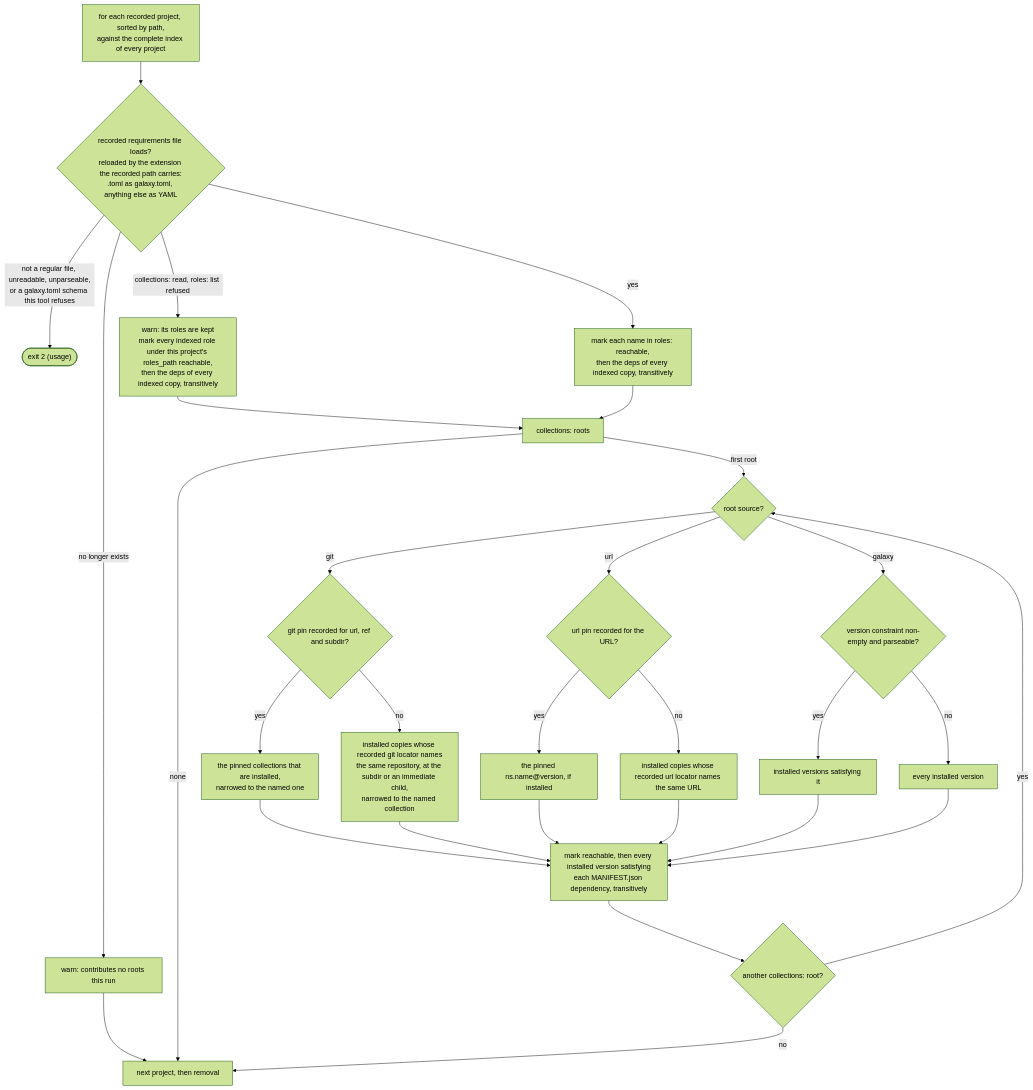
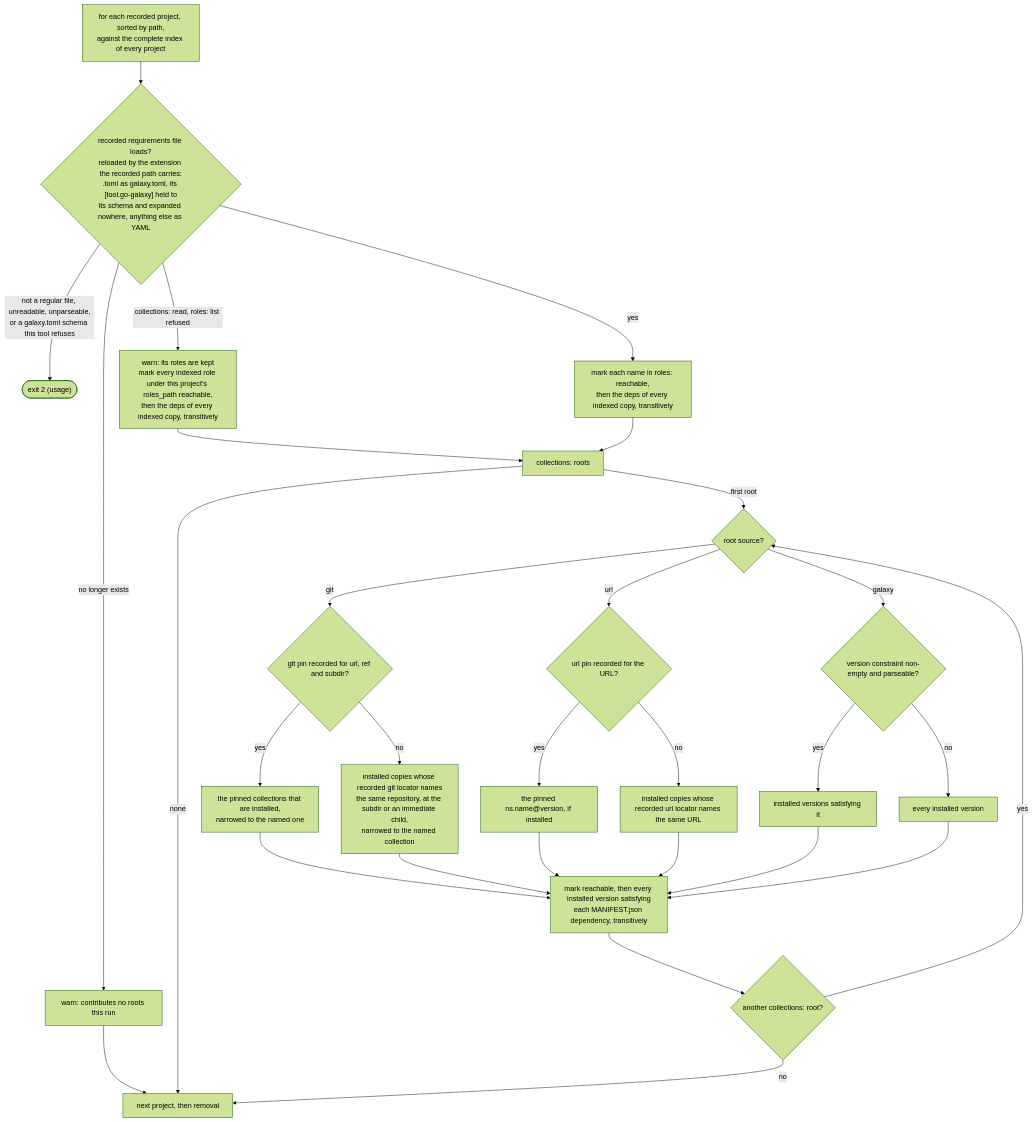
Before and after one commit to greeddj/go-galaxy: diagram 33 of 49 in docs/commands.md, drawn with Mermaid (forest theme). The commit also changed other lines of this file and 42 other files, not shown here.

````diff
--- a/docs/commands.md
+++ b/docs/commands.md
@@ -1776,31 +1839,31 @@
 ```mermaid
 flowchart TD
-    R1["for each recorded project, sorted by path,<br/>against the complete index of every project"] --> Req{"recorded requirements file loads?<br/>reloaded by the extension the recorded path carries:<br/>.toml as galaxy.toml, anything else as YAML"}
+    R1["for each recorded project, sorted by path,<br/>against the complete index of every project"] --> Req{"recorded requirements file loads?<br/>reloaded by the extension the recorded path carries:<br/>.toml as galaxy.toml, its [tool.go-galaxy] held to<br/>its schema and expanded nowhere, anything else as YAML"}
     Req -->|"no longer exists"| RMiss["warn: contributes no roots this run"]
     Req -->|"not a regular file, unreadable, unparseable,<br/>or a galaxy.toml schema this tool refuses"| X2(["exit 2 (usage)"])
     Req -->|"collections: read, roles: list refused"| RKeep["warn: its roles are kept<br/>mark every indexed role under this project's roles_path reachable,<br/>then the deps of every indexed copy, transitively"]
     Req -->|"yes"| RRoots["mark each name in roles: reachable,<br/>then the deps of every indexed copy, transitively"]
     RMiss --> NextR
     RKeep --> CRoot
     RRoots --> CRoot["collections: roots"]
     CRoot -->|"none"| NextR
     CRoot -->|"first root"| Type{"root source?"}
     Type -->|"git"| GPin{"git pin recorded for url, ref and subdir?"}
     GPin -->|"yes"| GKeys["the pinned collections that are installed,<br/>narrowed to the named one"]
     GPin -->|"no"| GAll["installed copies whose recorded git locator names<br/>the same repository, at the subdir or an immediate child,<br/>narrowed to the named collection"]
     Type -->|"url"| UPin{"url pin recorded for the URL?"}
     UPin -->|"yes"| UKey["the pinned ns.name@version, if installed"]
     UPin -->|"no"| UAll["installed copies whose recorded url locator names the same URL"]
     Type -->|"galaxy"| Con{"version constraint non-empty and parseable?"}
     Con -->|"yes"| CSel["installed versions satisfying it"]
     Con -->|"no"| CAll["every installed version"]
     GKeys --> Mark
     GAll --> Mark
     UKey --> Mark
     UAll --> Mark
     CSel --> Mark
     CAll --> Mark
     Mark["mark reachable, then every installed version satisfying<br/>each MANIFEST.json dependency, transitively"] --> MoreRoot{"another collections: root?"}
     MoreRoot -->|"yes"| Type
     MoreRoot -->|"no"| NextR["next project, then removal"]
 ```
````
